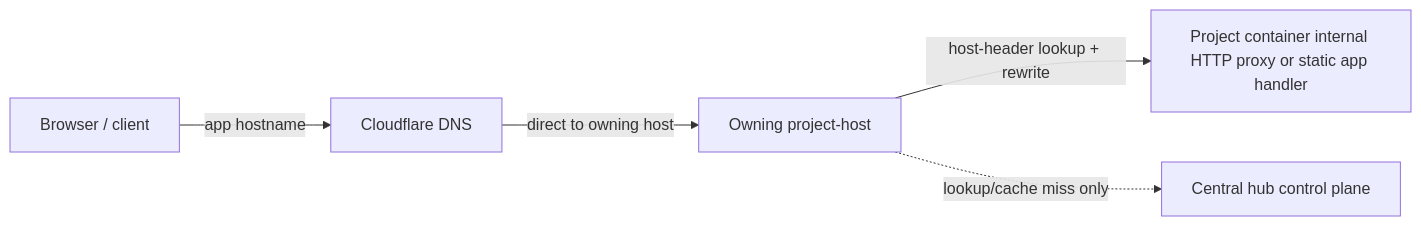
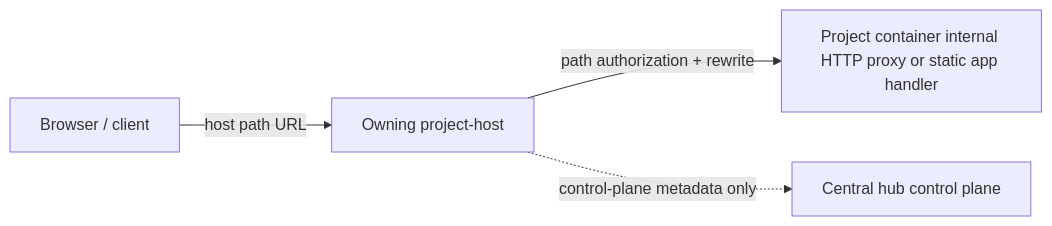
One commit to sagemathinc/cocalc-ai changed the second of 2 diagrams in docs/http-proxy.md. Above: the diagram before and after it, drawn with Mermaid. The commit also changed other lines of this file and 11 other files, not shown here.

First line of the commit message:
app-server: align hosted app routing with direct project-host traffic

````diff
--- a/docs/http-proxy.md
+++ b/docs/http-proxy.md
@@ -83,13 +100,11 @@
 ```mermaid
 flowchart LR
     Browser["Browser / client"]
-    DNS["Cloudflare DNS"]
     Host["Owning project-host"]
     Container["Project container internal HTTP proxy or static app handler"]
     Hub["Central hub control plane"]
 
-    Browser -->|app hostname| DNS
-    DNS -->|direct to owning host| Host
-    Host -->|host-header lookup + rewrite| Container
-    Host -.lookup/cache miss only.-> Hub
+    Browser -->|host path URL| Host
+    Host -->|path authorization + rewrite| Container
+    Host -.control-plane metadata only.-> Hub
 ```
````
